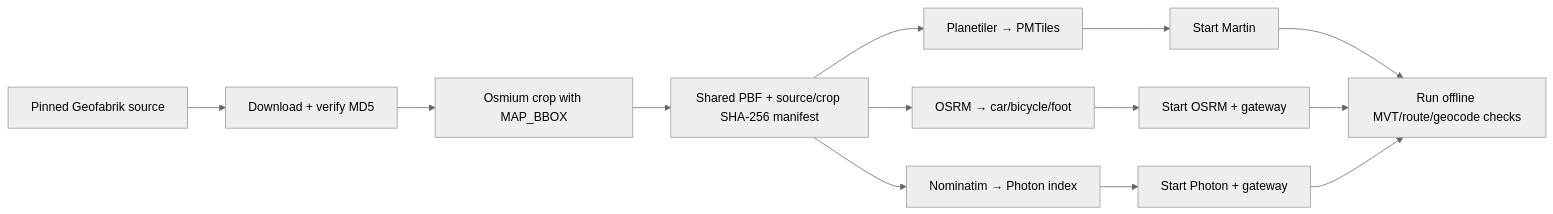
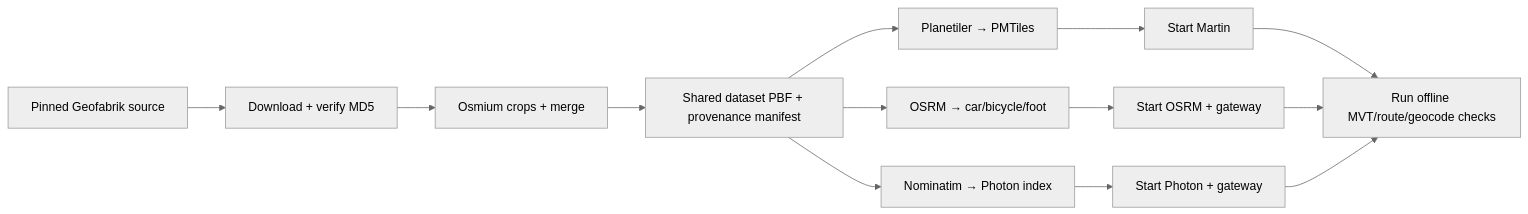
Before and after one commit to komeilm76/borobiya: the second of 3 diagrams in docs/DIAGRAMS/MAP_PIPELINE.md, drawn with Mermaid (neutral theme). The commit also changed other lines of this file and 37 other files, not shown here.

````diff
--- a/docs/DIAGRAMS/MAP_PIPELINE.md
+++ b/docs/DIAGRAMS/MAP_PIPELINE.md
@@ -38,15 +38,15 @@
 ```mermaid
 flowchart LR
   A[Pinned Geofabrik source] --> B[Download + verify MD5]
-  B --> C[Osmium crop with MAP_BBOX]
-  C --> D[Shared PBF + source/crop SHA-256 manifest]
+  B --> C[Osmium crops + merge]
+  C --> D[Shared dataset PBF + provenance manifest]
   D --> E1[Planetiler → PMTiles]
   D --> E2[OSRM → car/bicycle/foot]
   D --> E3[Nominatim → Photon index]
   E1 --> F[Start Martin]
   E2 --> G[Start OSRM + gateway]
   E3 --> H[Start Photon + gateway]
   F --> I[Run offline MVT/route/geocode checks]
   G --> I
   H --> I
 ```
````
